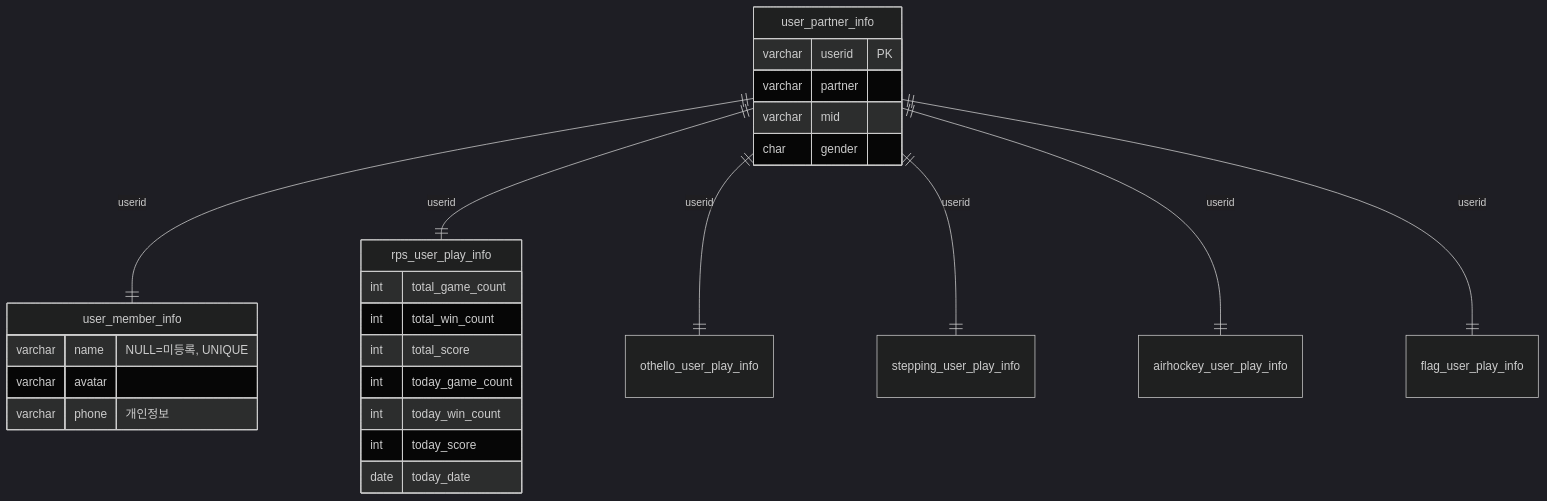
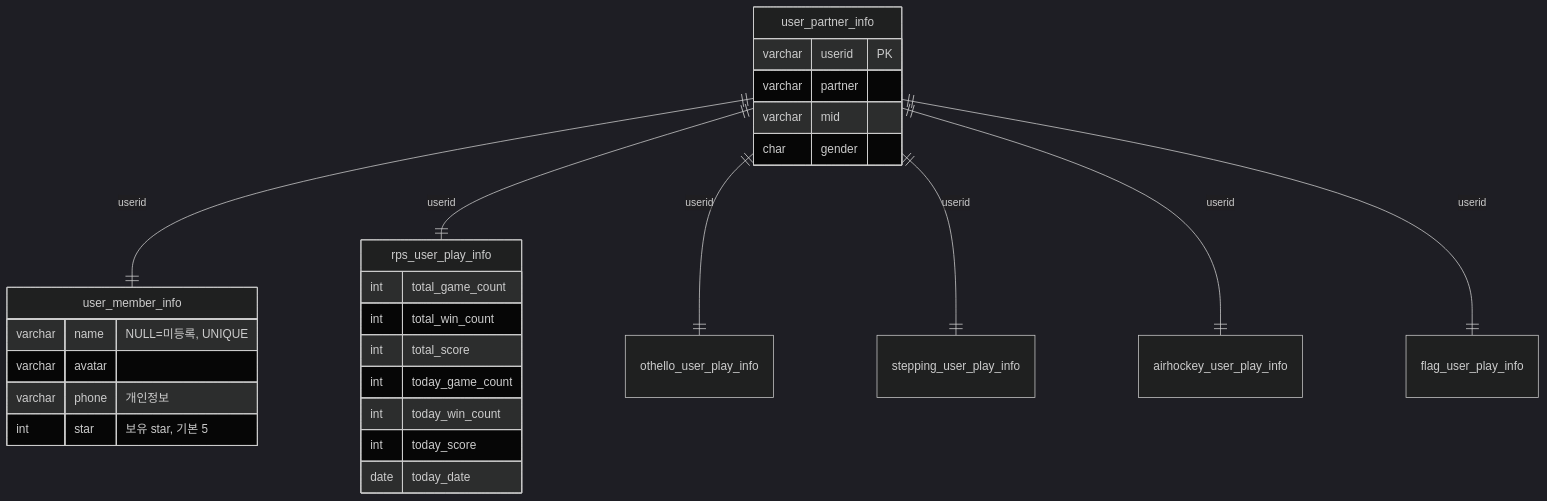
Diagram 11 of 11 in CLAUDE.md (chadolcap/multi_game_vibe_coding_server_ruflo), drawn with Mermaid (dark theme) before and after one commit. The commit also changed other lines of this file and 19 other files, not shown here.

````diff
--- a/CLAUDE.md
+++ b/CLAUDE.md
@@ -613,29 +626,30 @@
 ```mermaid
 erDiagram
     user_partner_info ||--|| user_member_info : userid
     user_partner_info ||--|| rps_user_play_info : userid
     user_partner_info ||--|| othello_user_play_info : userid
     user_partner_info ||--|| stepping_user_play_info : userid
     user_partner_info ||--|| airhockey_user_play_info : userid
     user_partner_info ||--|| flag_user_play_info : userid
     user_partner_info {
         varchar userid PK
         varchar partner
         varchar mid
         char gender
     }
     user_member_info {
         varchar name "NULL=미등록, UNIQUE"
         varchar avatar
         varchar phone "개인정보"
+        int star "보유 star, 기본 5"
     }
     rps_user_play_info {
         int total_game_count
         int total_win_count
         int total_score
         int today_game_count
         int today_win_count
         int today_score
         date today_date
     }
 ```
````
